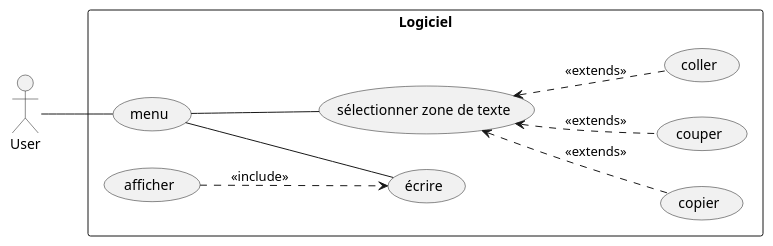
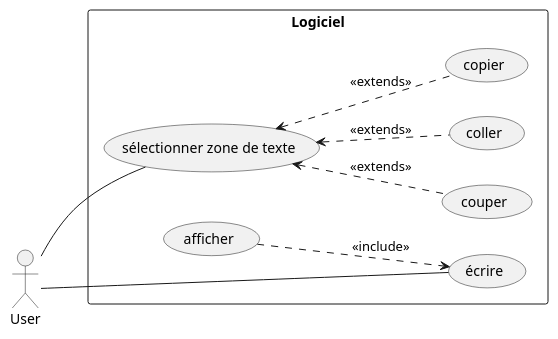
One commit to Emeraudia/ESIR2_Dracer changed the diagram in OMD/TP2/use_case.wsd. Above: the diagram before and after it, drawn with PlantUML. The commit also changed other lines of this file, not shown here.

```diff
--- a/OMD/TP2/use_case.wsd
+++ b/OMD/TP2/use_case.wsd
@@ -1,26 +1,24 @@
 @startuml
 
 left to right direction
 actor "User" as Us
 
 rectangle Logiciel {
 
-    usecase "menu" as menu
     usecase "écrire" as ec
     usecase "afficher" as af
     usecase "sélectionner zone de texte" as select
     usecase "copier" as copy
     usecase "couper" as cut
     usecase "coller" as paste
     
 }
 
-Us -- menu
-menu -- ec
+Us -- ec
 af ..> ec : <<include>>
-menu -- select
+Us -- select
 select <.. copy  : <<extends>>
 select <.. cut   : <<extends>>
 select <.. paste : <<extends>>
 
 @enduml
```
